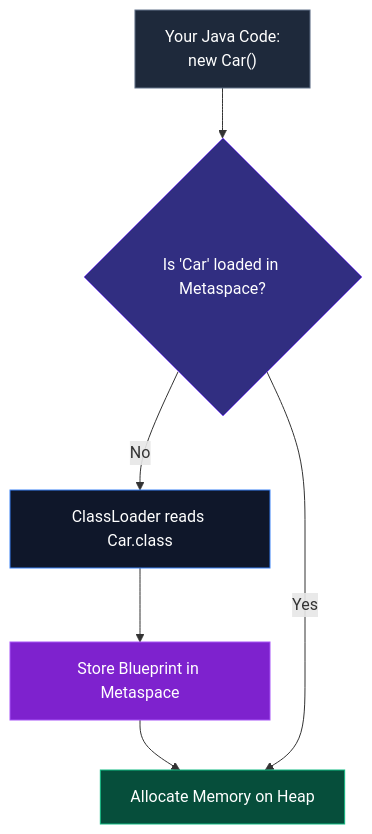
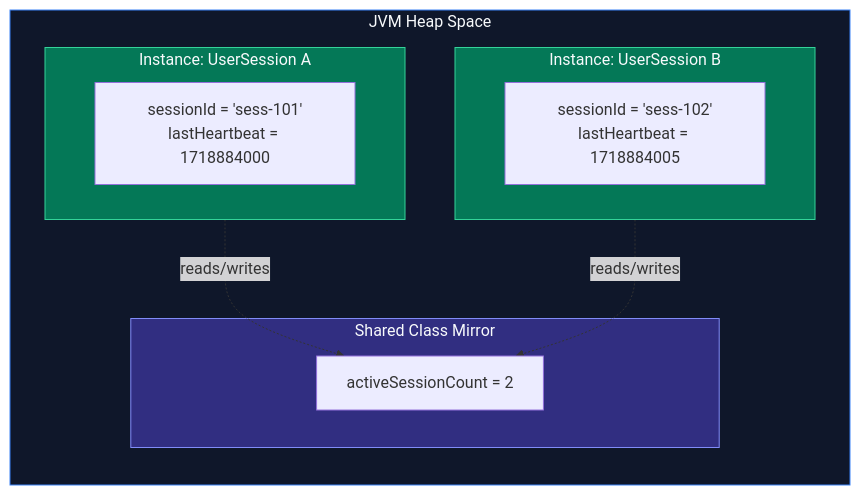
Before and after one commit to ravishankar2463/java_hub: the second of 4 diagrams in content/roadmap/level-1/classes-and-objects.md, drawn with Mermaid. The commit also changed other lines of this file, not shown here.

````diff
--- a/content/roadmap/level-1/classes-and-objects.md
+++ b/content/roadmap/level-1/classes-and-objects.md
@@ -16,14 +94,22 @@
 ```mermaid
-flowchart TD
-    A["Your Java Code:<br/>new Car()"] --> B{"Is 'Car' loaded in Metaspace?"}
-    B -->|No| C["ClassLoader reads Car.class"]
-    C --> D["Store Blueprint in Metaspace"]
-    D --> E["Allocate Memory on Heap"]
-    B -->|Yes| E
-    
-    style A fill:#1e293b,stroke:#64748b,color:#fff
-    style B fill:#312e81,stroke:#8b5cf6,color:#fff
-    style C fill:#0f172a,stroke:#3b82f6,color:#fff
-    style D fill:#7e22ce,stroke:#a855f7,color:#fff
-    style E fill:#064e3b,stroke:#10b981,color:#fff
+flowchart LR
+    subgraph Heap ["JVM Heap Space"]
+        subgraph Shared ["Shared Class Mirror"]
+            StaticCount["activeSessionCount = 2"]
+        end
+        subgraph InstA ["Instance: UserSession A"]
+            S_A["sessionId = 'sess-101'<br/>lastHeartbeat = 1718884000"]
+        end
+        subgraph InstB ["Instance: UserSession B"]
+            S_B["sessionId = 'sess-102'<br/>lastHeartbeat = 1718884005"]
+        end
+    end
+
+    InstA -.->|"reads/writes"| StaticCount
+    InstB -.->|"reads/writes"| StaticCount
+
+    style Heap fill:#0f172a,stroke:#3b82f6,color:#f8fafc
+    style Shared fill:#312e81,stroke:#818cf8,color:#f8fafc
+    style InstA fill:#047857,stroke:#34d399,color:#f8fafc
+    style InstB fill:#047857,stroke:#34d399,color:#f8fafc
 ```
````
